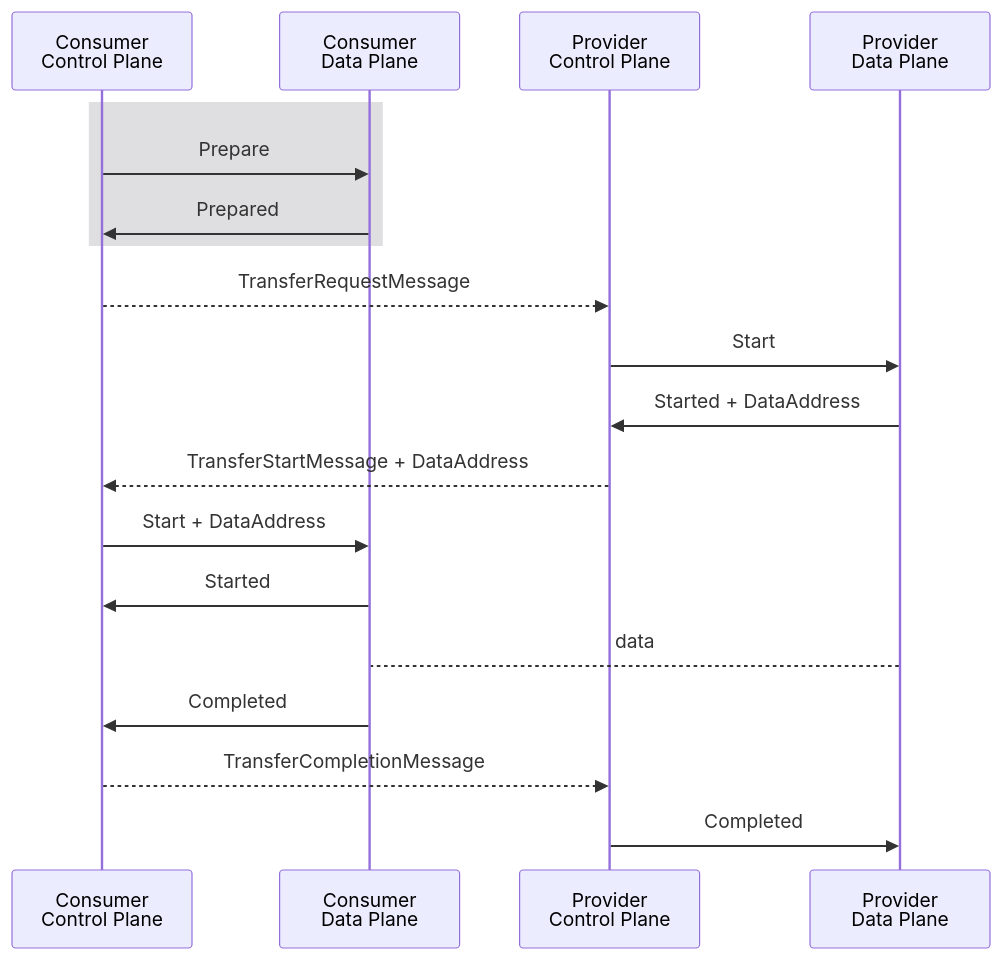
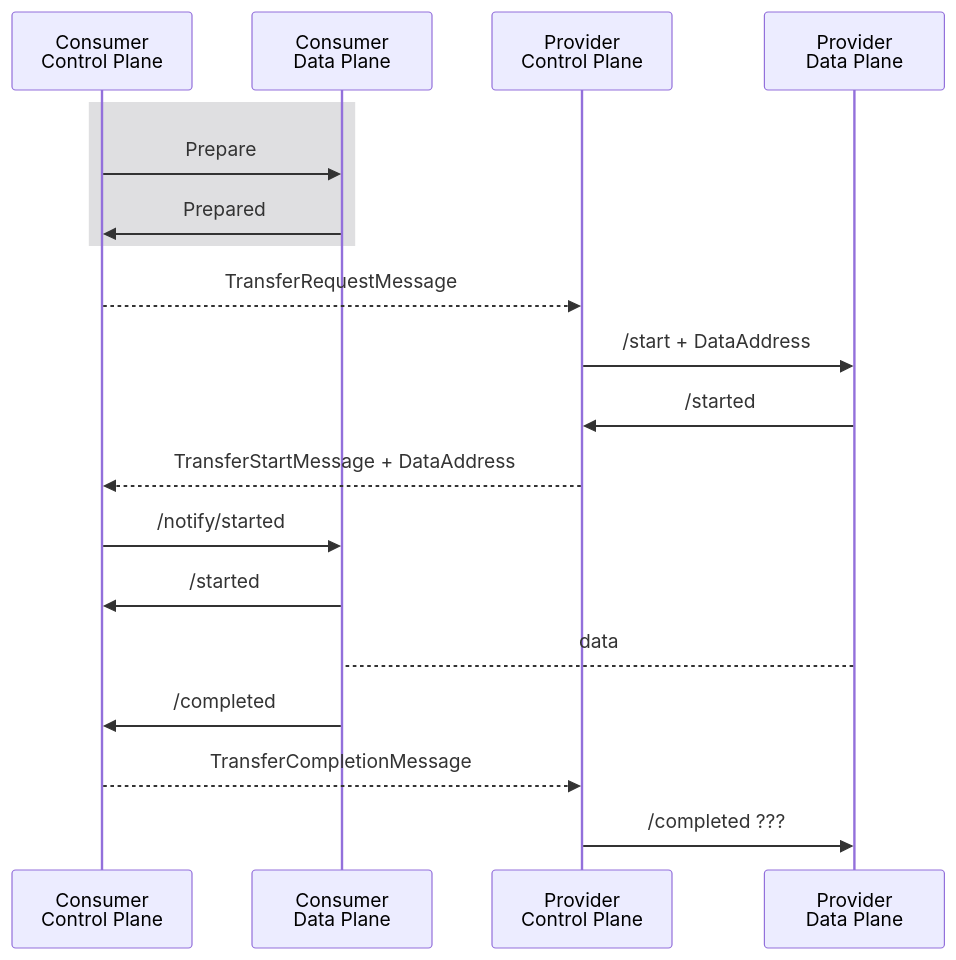
The fourth of 5 diagrams in docs/signaling.md (Metaform/dataplane-signaling), drawn with Mermaid before and after one commit. The commit also changed other lines of this file and 4 other files, not shown here.

````diff
--- a/docs/signaling.md
+++ b/docs/signaling.md
@@ -191,23 +190,23 @@
 ```mermaid
 sequenceDiagram
     participant ccp as Consumer<br/>Control Plane
     participant cdp as Consumer<br/>Data Plane
     participant pcp as Provider<br/>Control Plane
     participant pdp as Provider<br/>Data Plane
 
     rect rgb(223, 223, 225)
         ccp ->> cdp: Prepare
         cdp ->> ccp: Prepared
     end
 
     ccp -->> pcp: TransferRequestMessage
-    pcp ->> pdp: Start
-    pdp ->> pcp: Started + DataAddress
+    pcp ->> pdp: /start + DataAddress
+    pdp ->> pcp: /started
     pcp -->> ccp: TransferStartMessage + DataAddress
-    ccp ->> cdp: Start + DataAddress
-    cdp ->> ccp: Started
+    ccp ->> cdp: /notify/started
+    cdp ->> ccp: /started
     pdp --> cdp: data
-    cdp ->> ccp: Completed
+    cdp ->> ccp: /completed
     ccp -->> pcp: TransferCompletionMessage
-    pcp ->> pdp: Completed
+    pcp ->> pdp: /completed ???
 ```
````
